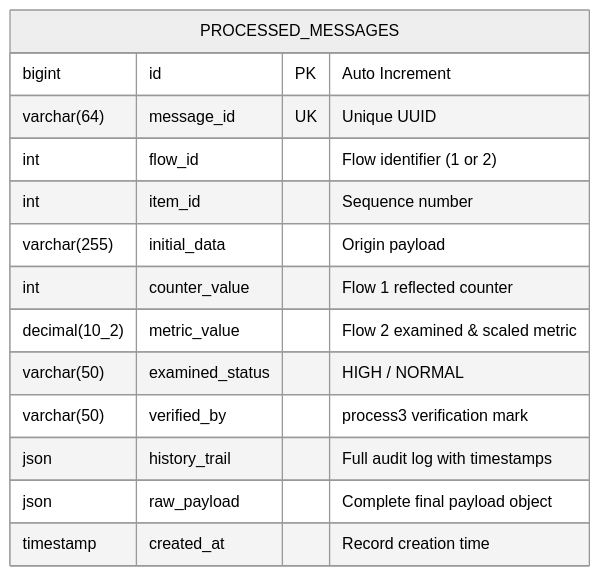
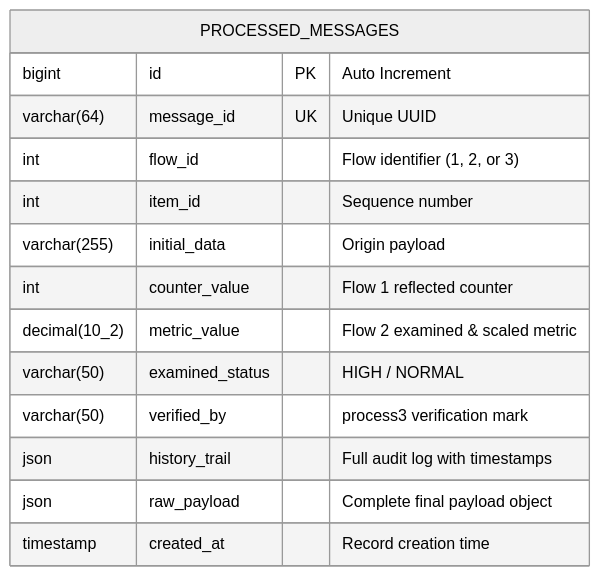
One commit to gitsridhar/FlowFirst changed the third of 3 diagrams in ReadMe.md. Above: the diagram before and after it, drawn with Mermaid (neutral theme). The commit also changed other lines of this file and 17 other files, not shown here.

````diff
--- a/ReadMe.md
+++ b/ReadMe.md
@@ -142,17 +170,17 @@
 ```mermaid
 erDiagram
     PROCESSED_MESSAGES {
         bigint id PK "Auto Increment"
         varchar(64) message_id UK "Unique UUID"
-        int flow_id "Flow identifier (1 or 2)"
+        int flow_id "Flow identifier (1, 2, or 3)"
         int item_id "Sequence number"
         varchar(255) initial_data "Origin payload"
         int counter_value "Flow 1 reflected counter"
         decimal(10_2) metric_value "Flow 2 examined & scaled metric"
         varchar(50) examined_status "HIGH / NORMAL"
         varchar(50) verified_by "process3 verification mark"
         json history_trail "Full audit log with timestamps"
         json raw_payload "Complete final payload object"
         timestamp created_at "Record creation time"
     }
 ```
````
